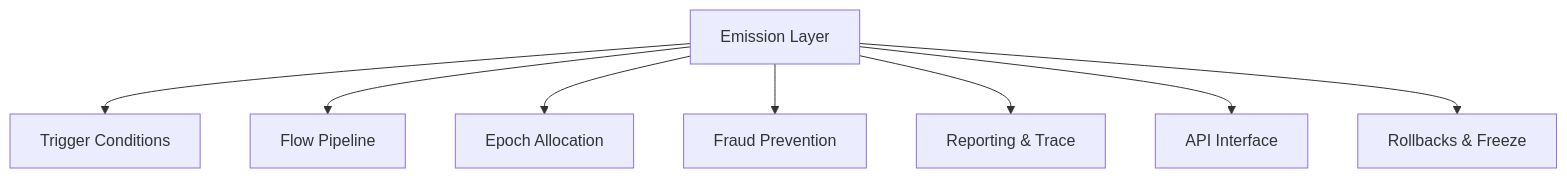
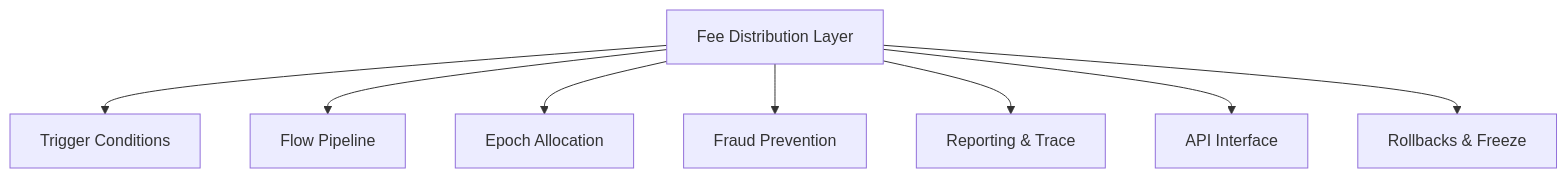
The ninth of 15 diagrams in architecture_diagrams.md (Aros-Technology-Studio/AST-Aros-Financial-Paradigm), drawn with Mermaid before and after one commit. The commit also changed other lines of this file and 69 other files, not shown here.

````diff
--- a/architecture_diagrams.md
+++ b/architecture_diagrams.md
@@ -118,11 +118,11 @@
 ```mermaid
 graph TD
-  A[Emission Layer]
+  A[Fee Distribution Layer]
   A --> B[Trigger Conditions]
   A --> C[Flow Pipeline]
   A --> D[Epoch Allocation]
   A --> E[Fraud Prevention]
   A --> F[Reporting & Trace]
   A --> G[API Interface]
   A --> H[Rollbacks & Freeze]
 ```
````
